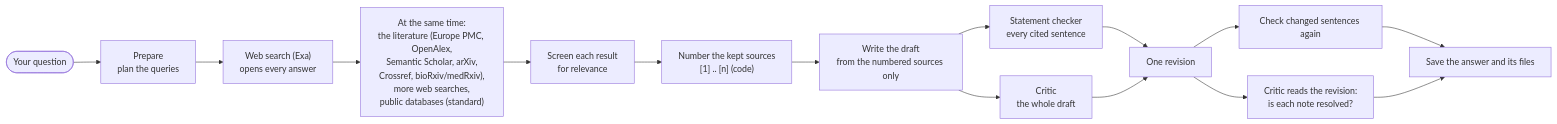
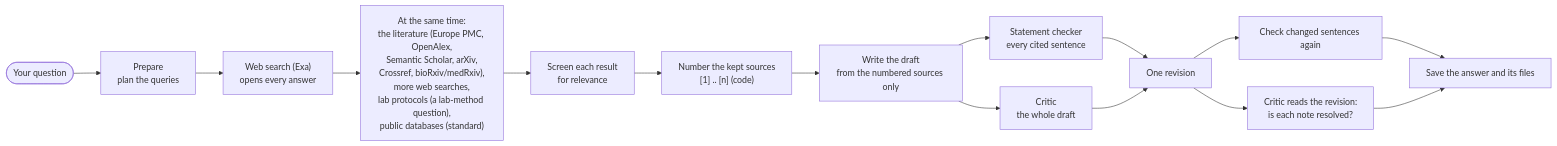
The diagram in docs/research-answer.md (itsbrendandang/agent-test), drawn with Mermaid before and after one commit. The commit also changed other lines of this file and 18 other files, not shown here.

First line of the commit message:
feat(research): find lab protocols and SOPs from free protocol sources

````diff
--- a/docs/research-answer.md
+++ b/docs/research-answer.md
@@ -19,17 +19,17 @@
 ```mermaid
 flowchart LR
     q(["Your question"]) --> prepare["Prepare<br/>plan the queries"]
     prepare --> exa["Web search (Exa)<br/>opens every answer"]
-    exa --> more["At the same time:<br/>the literature (Europe PMC, OpenAlex,<br/>Semantic Scholar, arXiv,<br/>Crossref, bioRxiv/medRxiv),<br/>more web searches,<br/>public databases (standard)"]
+    exa --> more["At the same time:<br/>the literature (Europe PMC, OpenAlex,<br/>Semantic Scholar, arXiv,<br/>Crossref, bioRxiv/medRxiv),<br/>more web searches,<br/>lab protocols (a lab-method question),<br/>public databases (standard)"]
     more --> screen["Screen each result<br/>for relevance"]
     screen --> number["Number the kept sources<br/>[1] .. [n] (code)"]
     number --> write["Write the draft<br/>from the numbered sources only"]
     write --> check["Statement checker<br/>every cited sentence"]
     write --> critic["Critic<br/>the whole draft"]
     check --> revise["One revision"]
     critic --> revise
     revise --> recheck["Check changed sentences again"]
     revise --> second["Critic reads the revision:<br/>is each note resolved?"]
     recheck --> save["Save the answer and its files"]
     second --> save
 ```
````
